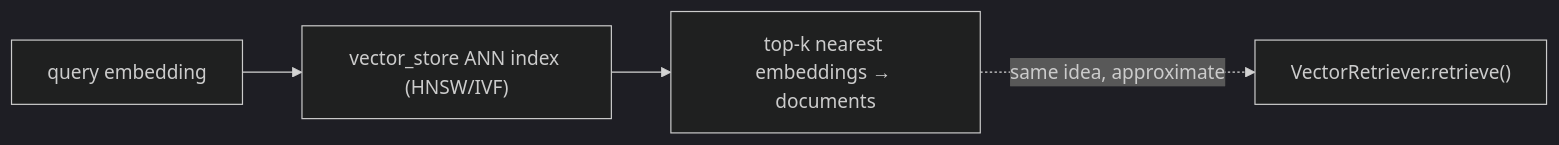
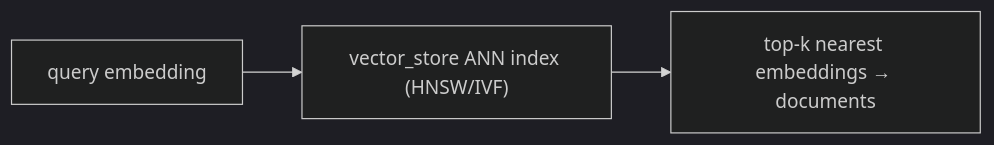
One commit to michaelatamuk/openjiuwen-knowledge changed the eighth of 18 diagrams in content/topics/00-ml-foundations.md. Above: the diagram before and after it, drawn with Mermaid (dark theme). The commit also changed other lines of this file and 57 other files, not shown here.

````diff
--- a/content/topics/00-ml-foundations.md
+++ b/content/topics/00-ml-foundations.md
@@ -246,6 +168,5 @@
 ```mermaid
 flowchart LR
     QE["query embedding"] --> ANN["vector_store ANN index (HNSW/IVF)"]
     ANN --> TOPK["top-k nearest embeddings → documents"]
-    TOPK -.->|"same idea, approximate"| VR["VectorRetriever.retrieve()"]
 ```
````
